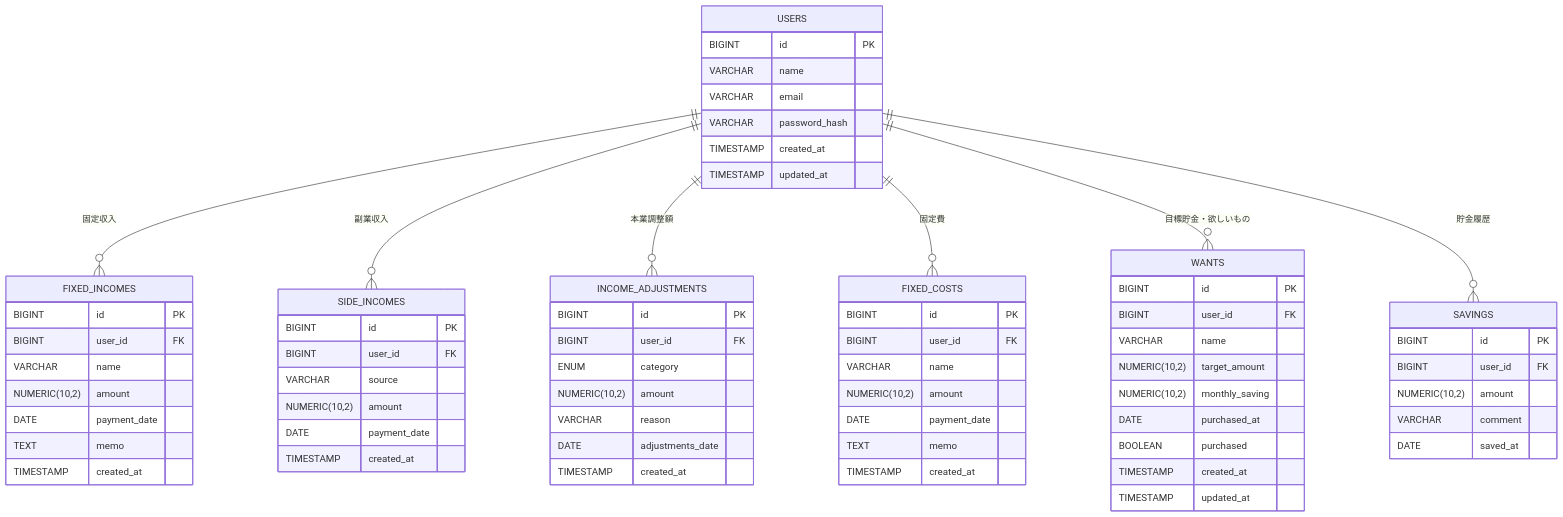
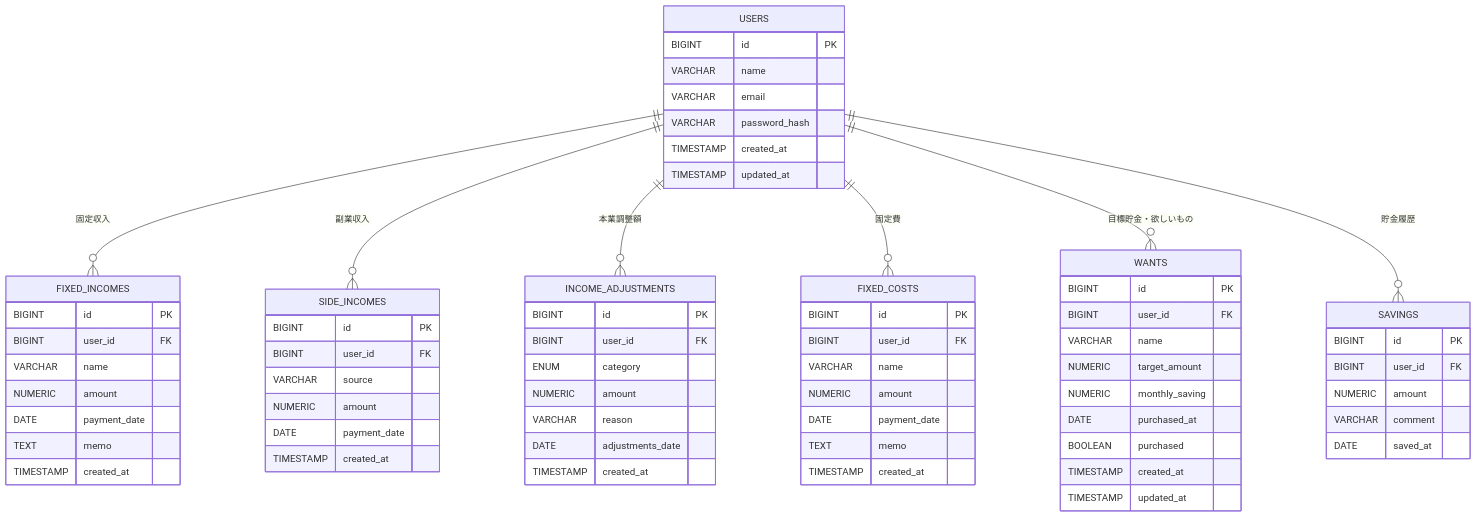
Before and after one commit to ryutaKimu/kakebo: the diagram in mermaid.mmd, drawn with Mermaid.

Commit message:
modify unneed value because there are errors in mermaid code

```diff
--- a/mermaid.mmd
+++ b/mermaid.mmd
@@ -1,84 +1,84 @@
 erDiagram
     %% ===== ユーザー =====
     USERS {
         BIGINT id PK
         VARCHAR name
         VARCHAR email
         VARCHAR password_hash
         TIMESTAMP created_at
         TIMESTAMP updated_at
     }
 
     %% ===== 収入系 =====
     FIXED_INCOMES {
         BIGINT id PK
         BIGINT user_id FK
         VARCHAR name
-        NUMERIC(10,2) amount
+        NUMERIC amount
         DATE payment_date
         TEXT memo
         TIMESTAMP created_at
     }
 
     SIDE_INCOMES {
         BIGINT id PK
         BIGINT user_id FK
         VARCHAR source
-        NUMERIC(10,2) amount
+        NUMERIC amount
         DATE payment_date
         TIMESTAMP created_at
     }
 
     INCOME_ADJUSTMENTS {
         BIGINT id PK
         BIGINT user_id FK
         ENUM category
-        NUMERIC(10,2) amount
+        NUMERIC amount
         VARCHAR reason
         DATE adjustments_date
         TIMESTAMP created_at
     }
 
     %% ===== 支出系 =====
     FIXED_COSTS {
         BIGINT id PK
         BIGINT user_id FK
         VARCHAR name
-        NUMERIC(10,2) amount
+        NUMERIC amount
         DATE payment_date
         TEXT memo
         TIMESTAMP created_at
     }
     %% ===== 目標系 =====
     WANTS {
         BIGINT id PK
         BIGINT user_id FK
         VARCHAR name
-        NUMERIC(10,2) target_amount
-        NUMERIC(10,2) monthly_saving
+        NUMERIC target_amount
+        NUMERIC monthly_saving
         DATE purchased_at
         BOOLEAN purchased
         TIMESTAMP created_at
         TIMESTAMP updated_at
     }
 
     %% ===== 貯金 =====
     SAVINGS {
         BIGINT id PK
         BIGINT user_id FK
-        NUMERIC(10,2) amount
+        NUMERIC amount
         VARCHAR comment
         DATE saved_at
     }
 
     %% ===== 関係 =====
     USERS ||--o{ FIXED_INCOMES : "固定収入"
     USERS ||--o{ SIDE_INCOMES : "副業収入"
     USERS ||--o{ INCOME_ADJUSTMENTS : "本業調整額"
     USERS ||--o{ FIXED_COSTS : "固定費"
     USERS ||--o{ WANTS : "目標貯金・欲しいもの"
     USERS ||--o{ SAVINGS : "貯金履歴"
 
     %% ===== 履歴テーブルの補足 =====
     %% HISTORY_FIXED_INCOME, HISTORY_SIDE_INCOME, HISTORY_INCOME_ADJUSTMENTS, HISTORY_VARIABLE_COSTS
     %% は現行テーブルと同構造で
```
